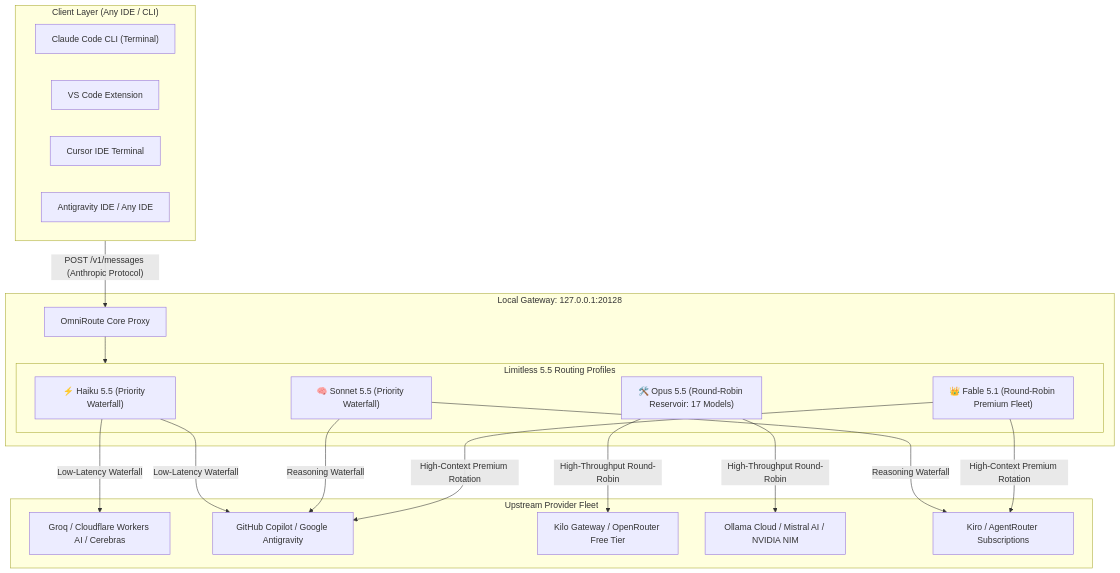
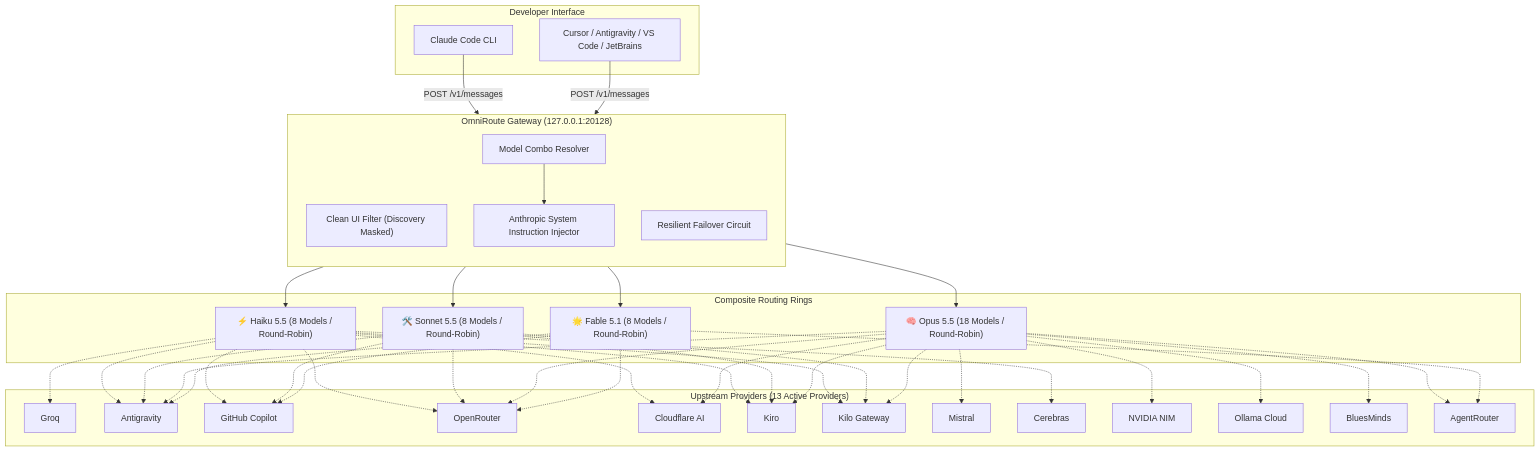
Before and after one commit to mahik504/limitless-claude: the diagram in README.md, drawn with Mermaid. The commit also changed other lines of this file and 4 other files, not shown here.

Commit message:
feat: release v6.0.0 - interleaved round-robin architecture, direct model passthrough, 18-model opus reservoir, and authentic system instruction engine

````diff
--- a/README.md
+++ b/README.md
@@ -34,34 +40,47 @@
 ```mermaid
 flowchart TD
-    subgraph Clients ["Client Layer (Any IDE / CLI)"]
-        CC["Claude Code CLI (Terminal)"]
-        VS["VS Code Extension"]
-        CR["Cursor IDE Terminal"]
-        AG["Antigravity IDE / Any IDE"]
+    subgraph Client["Developer Interface"]
+        CLI["Claude Code CLI"]
+        IDE["Cursor / Antigravity / VS Code / JetBrains"]
     end
 
-    subgraph Gateway ["Local Gateway: 127.0.0.1:20128"]
-        OR["OmniRoute Core Proxy"]
-        subgraph Tiers ["Limitless 5.5 Routing Profiles"]
-            H["⚡ Haiku 5.5 (Priority Waterfall)"]
-            S["🧠 Sonnet 5.5 (Priority Waterfall)"]
-            O["🛠️ Opus 5.5 (Round-Robin Reservoir: 17 Models)"]
-            F["👑 Fable 5.1 (Round-Robin Premium Fleet)"]
-        end
+    subgraph Gateway["OmniRoute Gateway (127.0.0.1:20128)"]
+        direction TB
+        DISCOVERY["Clean UI Filter (Discovery Masked)"]
+        ROUTER["Model Combo Resolver"]
+        SYSTEM_ENG["Anthropic System Instruction Injector"]
+        FAILOVER["Resilient Failover Circuit"]
     end
 
-    subgraph Providers ["Upstream Provider Fleet"]
-        P1["Groq / Cloudflare Workers AI / Cerebras"]
-        P2["GitHub Copilot / Google Antigravity"]
-        P3["Kilo Gateway / OpenRouter Free Tier"]
-        P4["Ollama Cloud / Mistral AI / NVIDIA NIM"]
-        P5["Kiro / AgentRouter Subscriptions"]
+    subgraph Tiers["Composite Routing Rings"]
+        HAIKU["⚡ Haiku 5.5 (8 Models / Round-Robin)"]
+        SONNET["🛠️ Sonnet 5.5 (8 Models / Round-Robin)"]
+        OPUS["🧠 Opus 5.5 (18 Models / Round-Robin)"]
+        FABLE["🌟 Fable 5.1 (8 Models / Round-Robin)"]
     end
 
-    Clients -->|"POST /v1/messages (Anthropic Protocol)"| OR
-    OR --> Tiers
-    H -->|"Low-Latency Waterfall"| P1 & P2
-    S -->|"Reasoning Waterfall"| P2 & P5
-    O -->|"High-Throughput Round-Robin"| P3 & P4
-    F -->|"High-Context Premium Rotation"| P2 & P5
+    subgraph Upstream["Upstream Providers (13 Active Providers)"]
+        P_GROQ["Groq"]
+        P_AGY["Antigravity"]
+        P_GH["GitHub Copilot"]
+        P_OR["OpenRouter"]
+        P_CF["Cloudflare AI"]
+        P_KR["Kiro"]
+        P_KG["Kilo Gateway"]
+        P_MIST["Mistral"]
+        P_CER["Cerebras"]
+        P_NVI["NVIDIA NIM"]
+        P_OLL["Ollama Cloud"]
+        P_BM["BluesMinds"]
+        P_AR["AgentRouter"]
+    end
+
+    CLI -->|POST /v1/messages| ROUTER
+    IDE -->|POST /v1/messages| ROUTER
+    ROUTER --> SYSTEM_ENG
+    SYSTEM_ENG --> HAIKU & SONNET & OPUS & FABLE
+    HAIKU -.-> P_GROQ & P_AGY & P_OR & P_GH & P_CF & P_CER & P_KR & P_KG
+    SONNET -.-> P_GH & P_OR & P_KR & P_AGY & P_KG
+    OPUS -.-> P_AR & P_OR & P_OLL & P_KR & P_CF & P_MIST & P_AGY & P_BM & P_NVI & P_KG
+    FABLE -.-> P_GH & P_OR & P_AGY & P_AR
 ```
````
